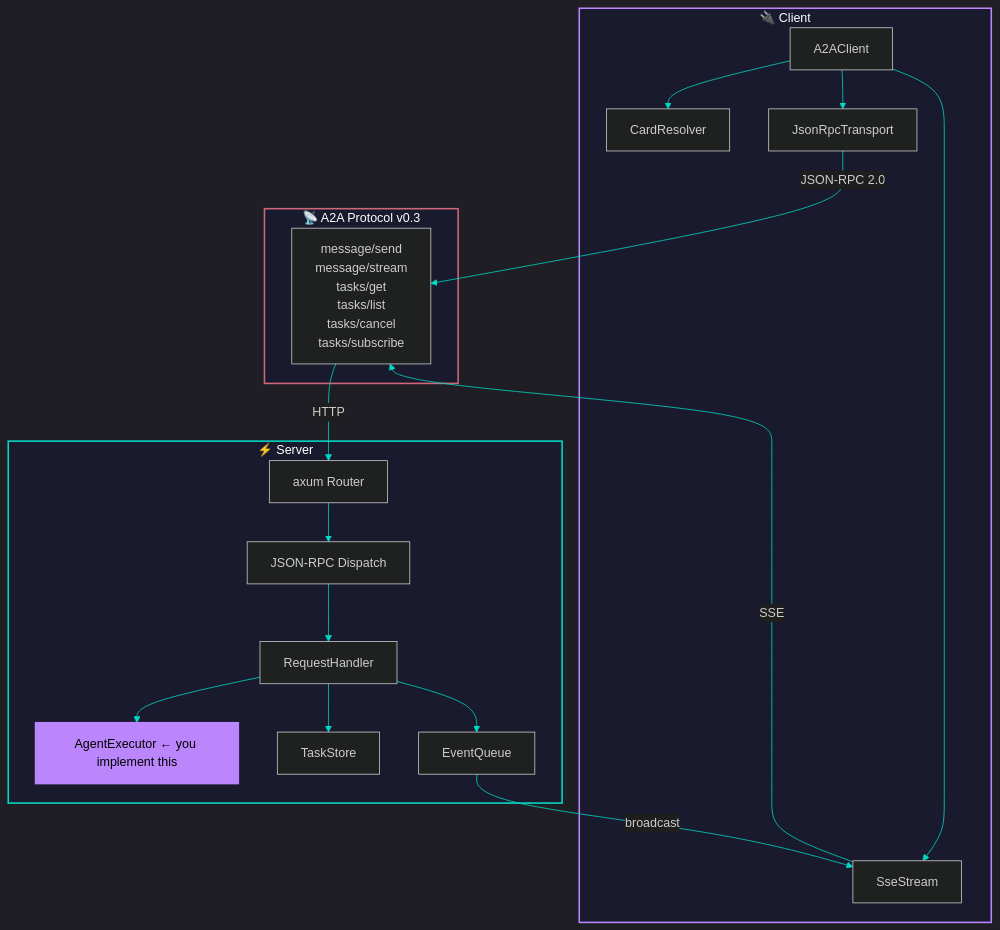
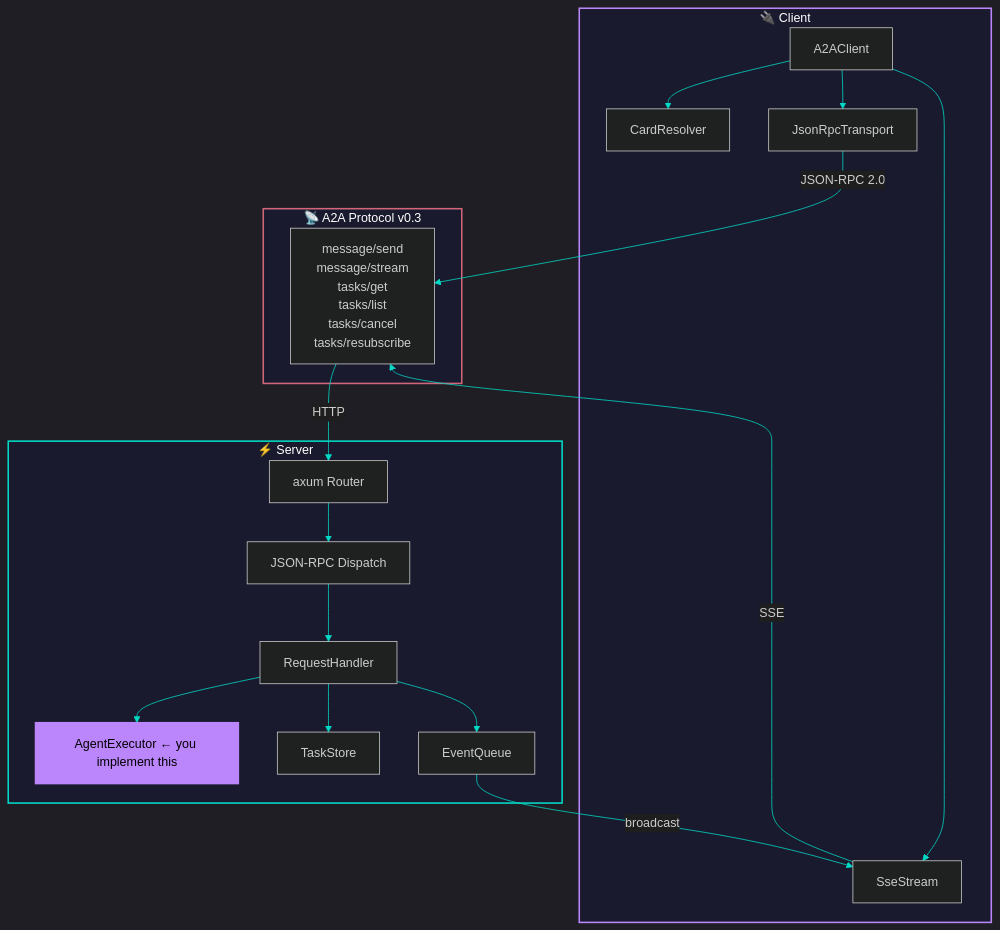
One commit to colours93/a2a-rs changed the first of 4 diagrams in README.md. Above: the diagram before and after it, drawn with Mermaid. The commit also changed other lines of this file, not shown here.

````diff
--- a/README.md
+++ b/README.md
@@ -28,41 +28,41 @@
 ```mermaid
 %%{init: {'theme': 'dark', 'themeVariables': {'primaryColor': '#bb86fc', 'primaryTextColor': '#fff', 'primaryBorderColor': '#bb86fc', 'lineColor': '#03dac6', 'secondaryColor': '#121212', 'tertiaryColor': '#1e1e1e', 'edgeLabelBackground': '#1e1e1e', 'clusterBkg': '#1e1e1e', 'clusterBorder': '#333'}}}%%
 graph TB
     subgraph Client["🔌 Client"]
         A2AClient["A2AClient"]
         CardResolver["CardResolver"]
         Transport["JsonRpcTransport"]
         SSE["SseStream"]
     end
 
     subgraph Server["⚡ Server"]
         Router["axum Router"]
         RPC["JSON-RPC Dispatch"]
         Handler["RequestHandler"]
         Executor["AgentExecutor ← you implement this"]
         Store["TaskStore"]
         Queue["EventQueue"]
     end
 
     subgraph Protocol["📡 A2A Protocol v0.3"]
-        Methods["message/send\nmessage/stream\ntasks/get\ntasks/list\ntasks/cancel\ntasks/subscribe"]
+        Methods["message/send\nmessage/stream\ntasks/get\ntasks/list\ntasks/cancel\ntasks/resubscribe"]
     end
 
     A2AClient --> CardResolver
     A2AClient --> Transport
     A2AClient --> SSE
     Transport -->|JSON-RPC 2.0| Methods
     SSE -->|SSE| Methods
     Methods -->|HTTP| Router
     Router --> RPC
     RPC --> Handler
     Handler --> Executor
     Handler --> Store
     Handler --> Queue
     Queue -->|broadcast| SSE
 
     style Client fill:#1a1a2e,stroke:#bb86fc,stroke-width:2px,color:#fff
     style Server fill:#1a1a2e,stroke:#03dac6,stroke-width:2px,color:#fff
     style Protocol fill:#1a1a2e,stroke:#cf6679,stroke-width:2px,color:#fff
     style Executor fill:#bb86fc,stroke:#bb86fc,stroke-width:2px,color:#000
 ```
````
